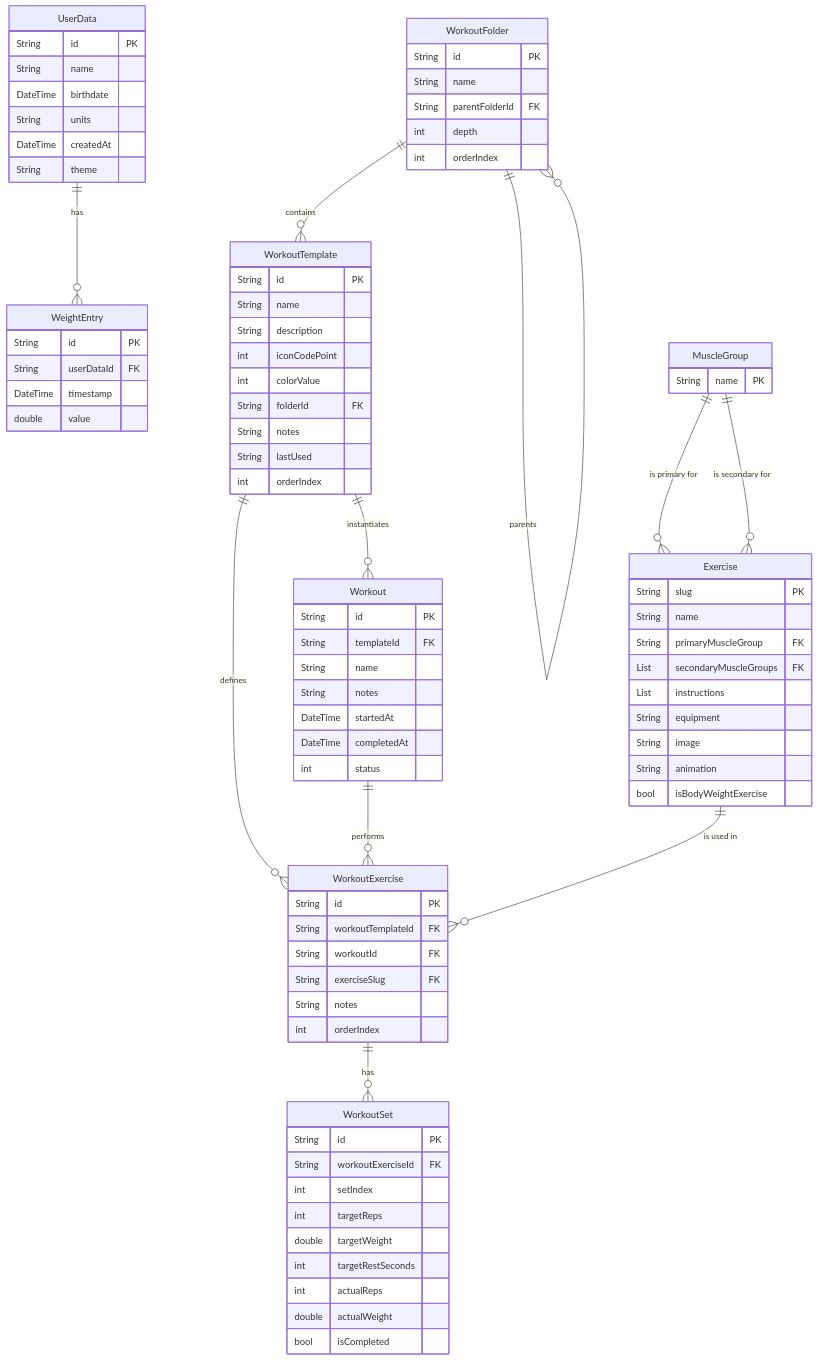
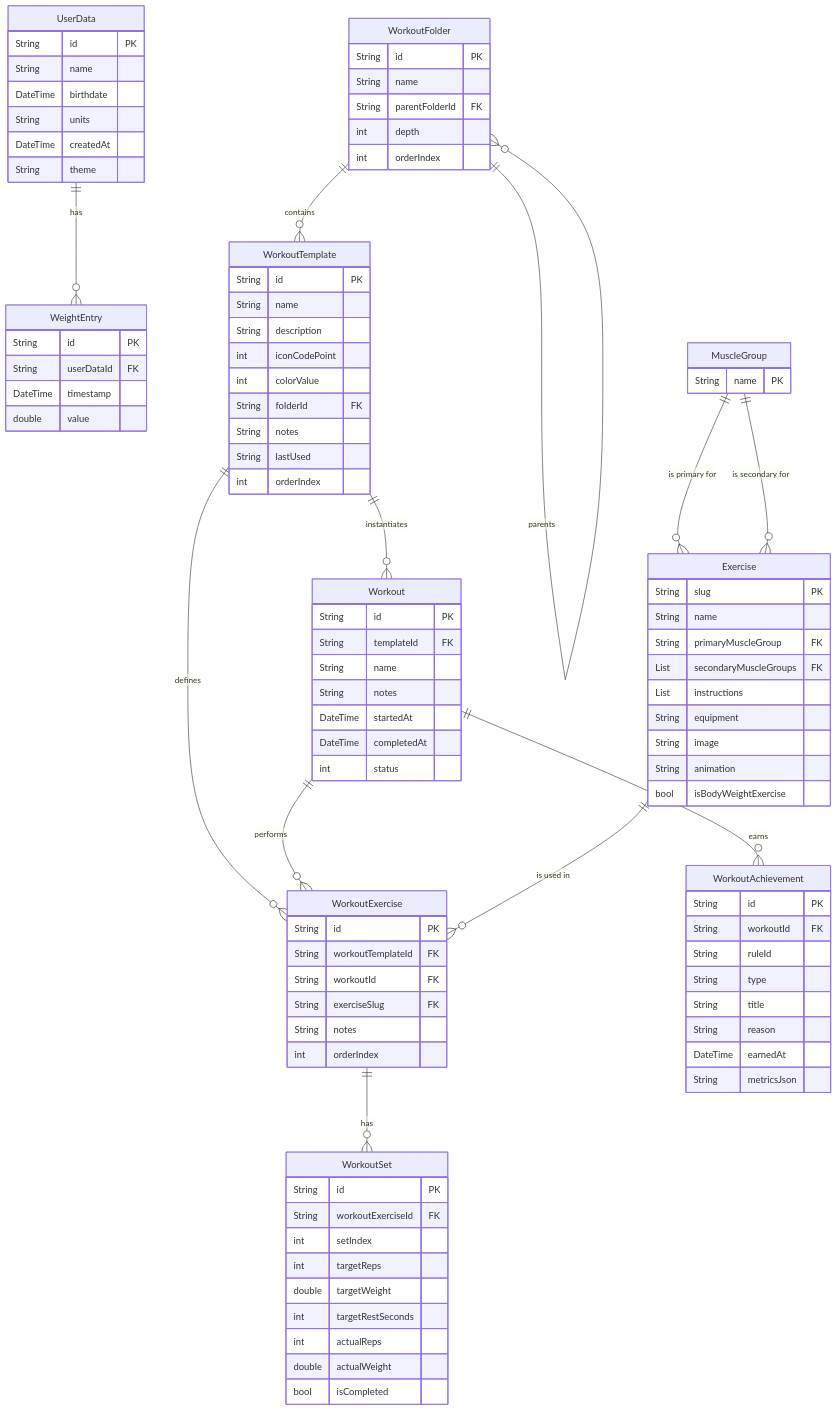
One commit to ManuelMuehlberger/zenith changed the diagram in docs/database_schema.md. Above: the diagram before and after it, drawn with Mermaid. The commit also changed other lines of this file and 28 other files, not shown here.

```diff
--- a/docs/database_schema.md
+++ b/docs/database_schema.md
@@ -12,6 +12,7 @@
     WorkoutTemplate ||--o{ Workout : "instantiates"
     WorkoutTemplate ||--o{ WorkoutExercise : "defines"
     Workout ||--o{ WorkoutExercise : "performs"
+    Workout ||--o{ WorkoutAchievement : "earns"
     WorkoutExercise ||--o{ WorkoutSet : "has"
     Exercise ||--o{ WorkoutExercise : "is used in"
     MuscleGroup ||--o{ Exercise : "is primary for"
@@ -84,6 +85,17 @@
         bool isCompleted
     }
 
+    WorkoutAchievement {
+        String id PK
+        String workoutId FK
+        String ruleId
+        String type
+        String title
+        String reason
+        DateTime earnedAt
+        String metricsJson
+    }
+
     Exercise {
         String slug PK
         String name
```
